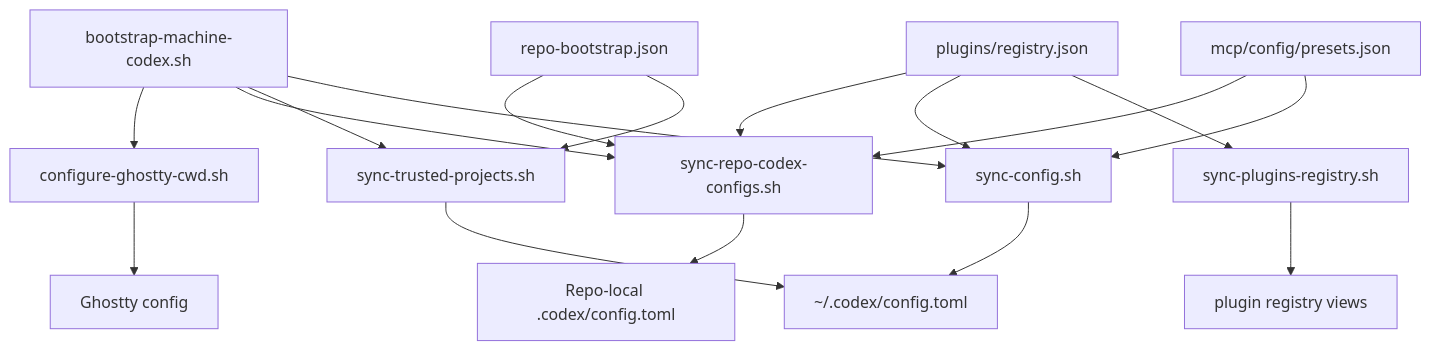
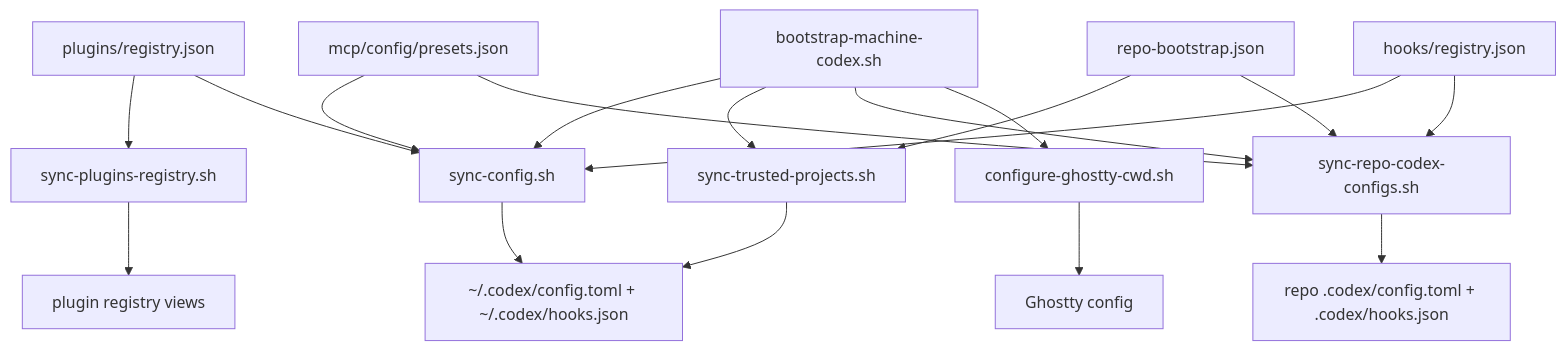
Before and after one commit to wisdom-in-a-nutshell/.agents: the first of 4 diagrams in docs/architecture/codex-control-plane-script-flows.md, drawn with Mermaid. The commit also changed other lines of this file and 165 other files, not shown here.

````diff
--- a/docs/architecture/codex-control-plane-script-flows.md
+++ b/docs/architecture/codex-control-plane-script-flows.md
@@ -20,19 +11,20 @@
 ```mermaid
 flowchart TD
-    P[plugins/registry.json] --> Q[sync-plugins-registry.sh]
-    P --> B[sync-config.sh]
-    P --> D
-    Q --> V[plugin registry views]
-    A[bootstrap-machine-codex.sh] --> B[sync-config.sh]
-    A --> C[sync-trusted-projects.sh]
-    A --> D[sync-repo-codex-configs.sh]
-    A --> E[configure-ghostty-cwd.sh]
-    R[repo-bootstrap.json] --> C
+    P["plugins/registry.json"] --> Q["sync-plugins-registry.sh"]
+    P --> B["sync-config.sh"]
+    A["bootstrap-machine-codex.sh"] --> B
+    A --> C["sync-trusted-projects.sh"]
+    A --> D["sync-repo-codex-configs.sh"]
+    A --> E["configure-ghostty-cwd.sh"]
+    R["repo-bootstrap.json"] --> C
     R --> D
-    M[mcp/config/presets.json] --> B
+    M["mcp/config/presets.json"] --> B
     M --> D
-    B --> F[~/.codex/config.toml]
+    H["hooks/registry.json"] --> B
+    H --> D
+    B --> F["~/.codex/config.toml + ~/.codex/hooks.json"]
     C --> F
-    D --> H[Repo-local .codex/config.toml]
-    E --> I[Ghostty config]
+    D --> G["repo .codex/config.toml + .codex/hooks.json"]
+    Q --> V["plugin registry views"]
+    E --> I["Ghostty config"]
 ```
````
